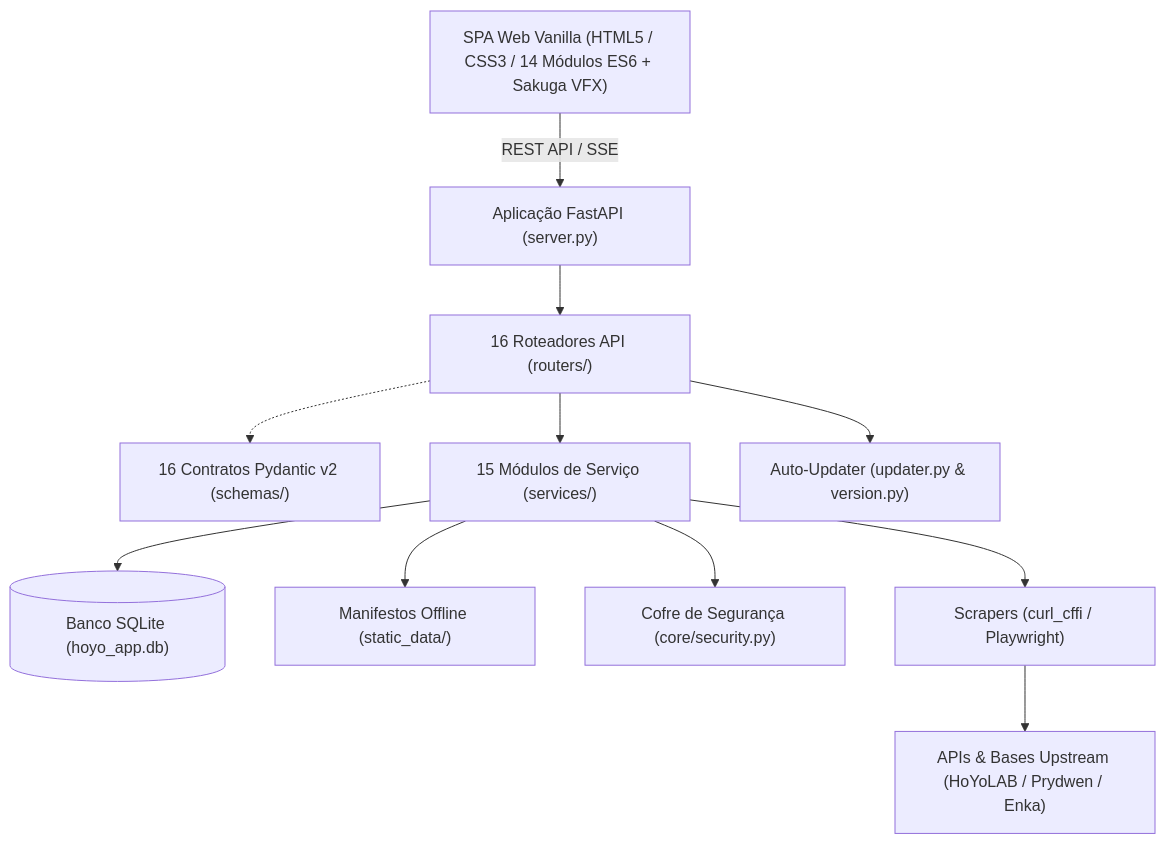
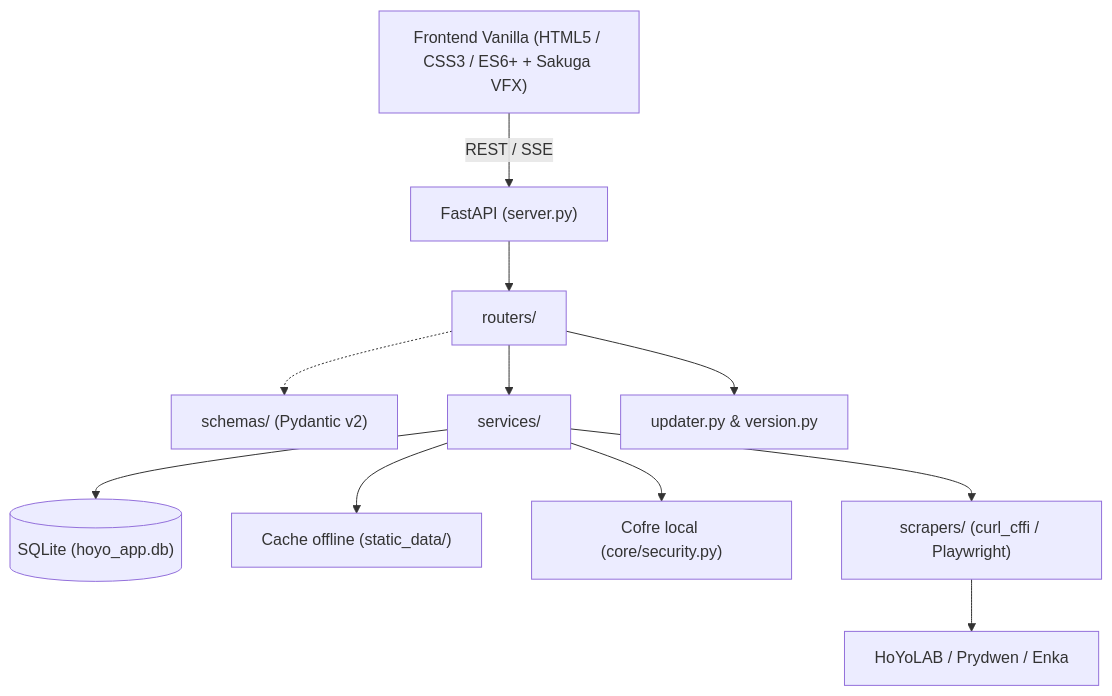
Before and after one commit to Lacas0010/Cabeca_de_Droid: the diagram in README.md, drawn with Mermaid. The commit also changed other lines of this file and 51 other files, not shown here.

````diff
--- a/README.md
+++ b/README.md
@@ -193,13 +147,13 @@
 ```mermaid
 graph TD
-    UI["SPA Web Vanilla (HTML5 / CSS3 / 14 Módulos ES6 + Sakuga VFX)"] -->|REST API / SSE| API["Aplicação FastAPI (server.py)"]
-    API --> Routers["16 Roteadores API (routers/)"]
-    Routers -.-> Schemas["16 Contratos Pydantic v2 (schemas/)"]
-    Routers --> Services["15 Módulos de Serviço (services/)"]
-    Routers --> Updater["Auto-Updater (updater.py & version.py)"]
-    Services --> DB[("Banco SQLite (hoyo_app.db)")]
-    Services --> Static["Manifestos Offline (static_data/)"]
-    Services --> Vault["Cofre de Segurança (core/security.py)"]
-    Services --> Scrapers["Scrapers (curl_cffi / Playwright)"]
-    Scrapers --> Ext["APIs & Bases Upstream (HoYoLAB / Prydwen / Enka)"]
+    UI["Frontend Vanilla (HTML5 / CSS3 / ES6+ + Sakuga VFX)"] -->|REST / SSE| API["FastAPI (server.py)"]
+    API --> Routers["routers/"]
+    Routers -.-> Schemas["schemas/ (Pydantic v2)"]
+    Routers --> Services["services/"]
+    Routers --> Updater["updater.py & version.py"]
+    Services --> DB[("SQLite (hoyo_app.db)")]
+    Services --> Static["Cache offline (static_data/)"]
+    Services --> Vault["Cofre local (core/security.py)"]
+    Services --> Scrapers["scrapers/ (curl_cffi / Playwright)"]
+    Scrapers --> Ext["HoYoLAB / Prydwen / Enka"]
 ```
````
